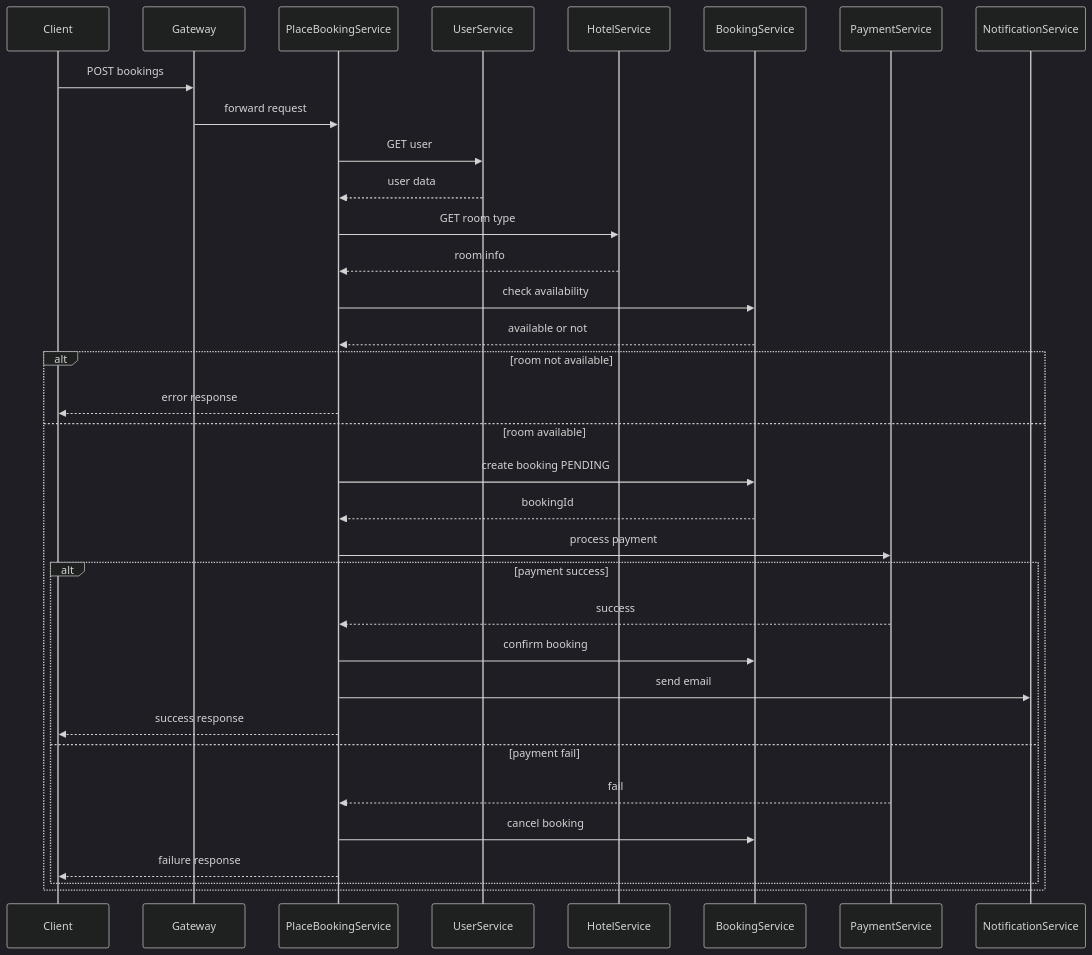
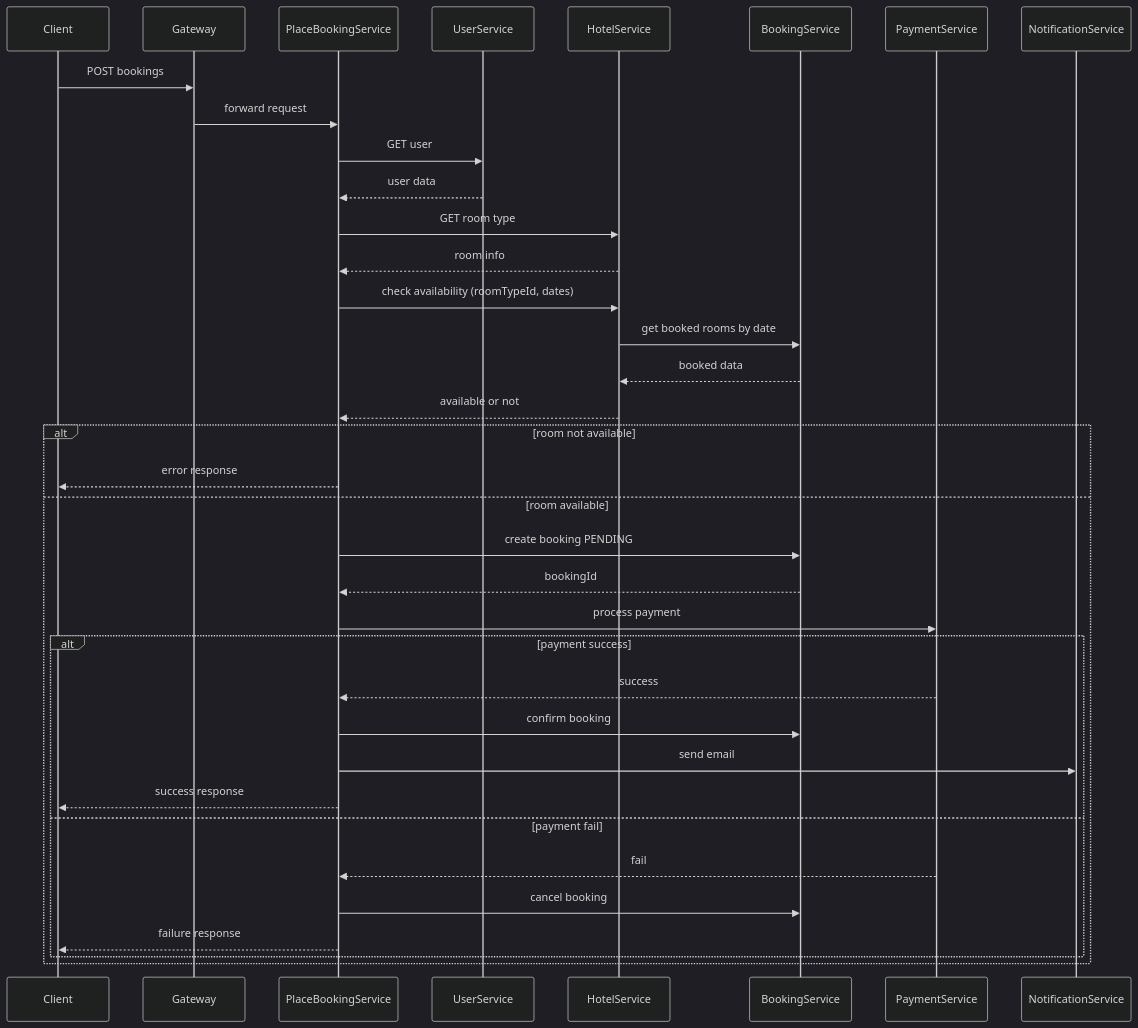
Before and after one commit to dqminh2411/hotel-booking-microservices: the second of 5 diagrams in docs/analysis-and-design.md, drawn with Mermaid (dark theme). The commit also changed other lines of this file, not shown here.

````diff
--- a/docs/analysis-and-design.md
+++ b/docs/analysis-and-design.md
@@ -197,43 +208,47 @@
 ```mermaid
 sequenceDiagram
   participant Client
   participant Gateway
   participant PlaceBookingService
   participant UserService
   participant HotelService
   participant BookingService
   participant PaymentService
   participant NotificationService
 
   Client->>Gateway: POST bookings
   Gateway->>PlaceBookingService: forward request
 
   PlaceBookingService->>UserService: GET user
   UserService-->>PlaceBookingService: user data
 
   PlaceBookingService->>HotelService: GET room type
   HotelService-->>PlaceBookingService: room info
 
-  PlaceBookingService->>BookingService: check availability
-  BookingService-->>PlaceBookingService: available or not
+
+
+  PlaceBookingService->>HotelService: check availability (roomTypeId, dates)
+  HotelService->>BookingService: get booked rooms by date
+  BookingService-->>HotelService: booked data
+  HotelService-->>PlaceBookingService: available or not
 
   alt room not available
     PlaceBookingService-->>Client: error response
   else room available
     PlaceBookingService->>BookingService: create booking PENDING
     BookingService-->>PlaceBookingService: bookingId
 
     PlaceBookingService->>PaymentService: process payment
 
     alt payment success
       PaymentService-->>PlaceBookingService: success
       PlaceBookingService->>BookingService: confirm booking
       PlaceBookingService->>NotificationService: send email
       PlaceBookingService-->>Client: success response
     else payment fail
       PaymentService-->>PlaceBookingService: fail
       PlaceBookingService->>BookingService: cancel booking
       PlaceBookingService-->>Client: failure response
     end
   end
 ```
````
